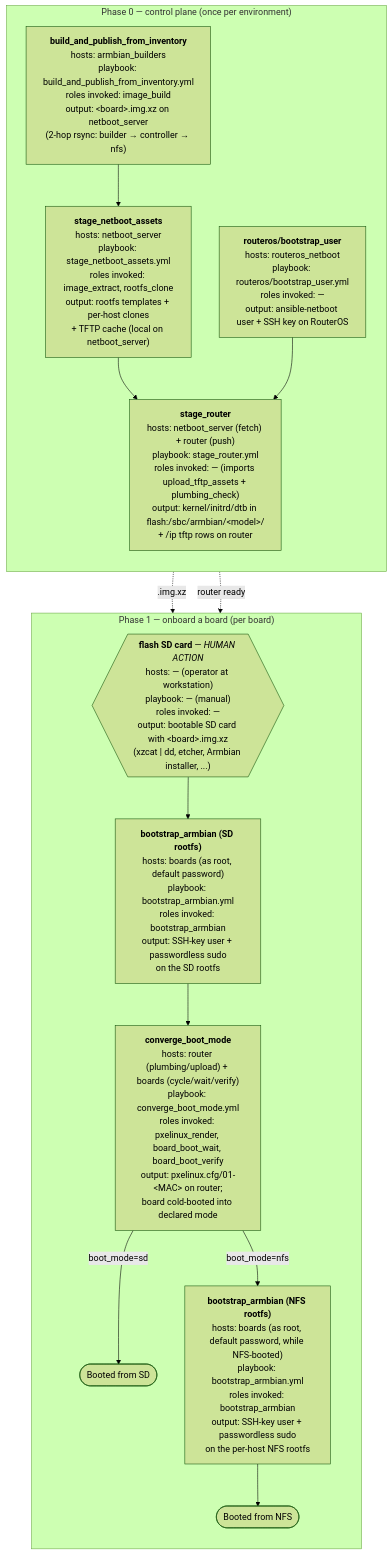
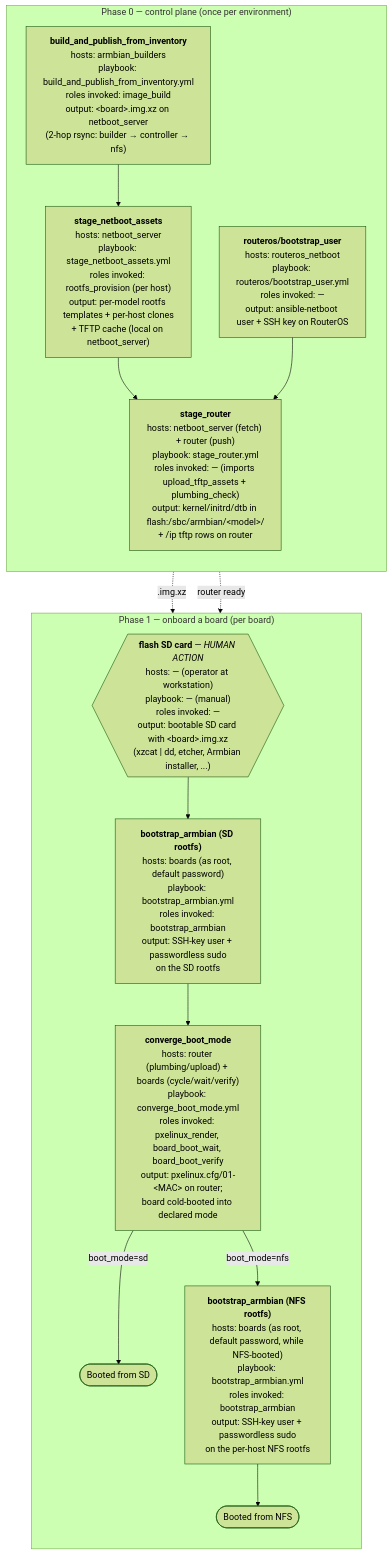
One commit to david-igou/ansible-collection-armbian changed the diagram in docs/lifecycle.md. Above: the diagram before and after it, drawn with Mermaid (forest theme). The commit also changed other lines of this file and 162 other files, not shown here.

First line of the commit message:
Per-host build + rootfs provisioning (breaking refactor) (#109)

````diff
--- a/docs/lifecycle.md
+++ b/docs/lifecycle.md
@@ -30,29 +30,29 @@
 ```mermaid
 flowchart TB
     subgraph P0["Phase 0 — control plane (once per environment)"]
         direction TB
         BI["<b>build_and_publish_from_inventory</b><br/>hosts: armbian_builders<br/>playbook: build_and_publish_from_inventory.yml<br/>roles invoked: image_build<br/>output: &lt;board&gt;.img.xz on netboot_server<br/>(2-hop rsync: builder → controller → nfs)"]
         BU["<b>routeros/bootstrap_user</b><br/>hosts: routeros_netboot<br/>playbook: routeros/bootstrap_user.yml<br/>roles invoked: —<br/>output: ansible-netboot user + SSH key on RouterOS"]
-        SN0["<b>stage_netboot_assets</b><br/>hosts: netboot_server<br/>playbook: stage_netboot_assets.yml<br/>roles invoked: image_extract, rootfs_clone<br/>output: rootfs templates + per-host clones<br/>+ TFTP cache (local on netboot_server)"]
+        SN0["<b>stage_netboot_assets</b><br/>hosts: netboot_server<br/>playbook: stage_netboot_assets.yml<br/>roles invoked: rootfs_provision (per host)<br/>output: per-model rootfs templates + per-host clones<br/>+ TFTP cache (local on netboot_server)"]
         SR0["<b>stage_router</b><br/>hosts: netboot_server (fetch) + router (push)<br/>playbook: stage_router.yml<br/>roles invoked: — (imports upload_tftp_assets + plumbing_check)<br/>output: kernel/initrd/dtb in flash:/sbc/armbian/&lt;model&gt;/<br/>+ /ip tftp rows on router"]
         BI --> SN0
         SN0 --> SR0
         BU --> SR0
     end
 
     subgraph P1["Phase 1 — onboard a board (per board)"]
         direction TB
         FL{{"<b>flash SD card</b> — <i>HUMAN ACTION</i><br/>hosts: — (operator at workstation)<br/>playbook: — (manual)<br/>roles invoked: —<br/>output: bootable SD card with &lt;board&gt;.img.xz<br/>(xzcat | dd, etcher, Armbian installer, ...)"}}
         BA_SD["<b>bootstrap_armbian (SD rootfs)</b><br/>hosts: boards (as root, default password)<br/>playbook: bootstrap_armbian.yml<br/>roles invoked: bootstrap_armbian<br/>output: SSH-key user + passwordless sudo<br/>on the SD rootfs"]
         CB1["<b>converge_boot_mode</b><br/>hosts: router (plumbing/upload) + boards (cycle/wait/verify)<br/>playbook: converge_boot_mode.yml<br/>roles invoked: pxelinux_render, board_boot_wait, board_boot_verify<br/>output: pxelinux.cfg/01-&lt;MAC&gt; on router;<br/>board cold-booted into declared mode"]
         BA_NFS["<b>bootstrap_armbian (NFS rootfs)</b><br/>hosts: boards (as root, default password, while NFS-booted)<br/>playbook: bootstrap_armbian.yml<br/>roles invoked: bootstrap_armbian<br/>output: SSH-key user + passwordless sudo<br/>on the per-host NFS rootfs"]
         OUT_SD(["Booted from SD"])
         OUT_NFS(["Booted from NFS"])
         FL --> BA_SD --> CB1
         CB1 -- "boot_mode=sd" --> OUT_SD
         CB1 -- "boot_mode=nfs" --> BA_NFS --> OUT_NFS
     end
 
     BI -.->|".img.xz"| FL
     SR0 -.->|"router ready"| CB1
 ```
````
